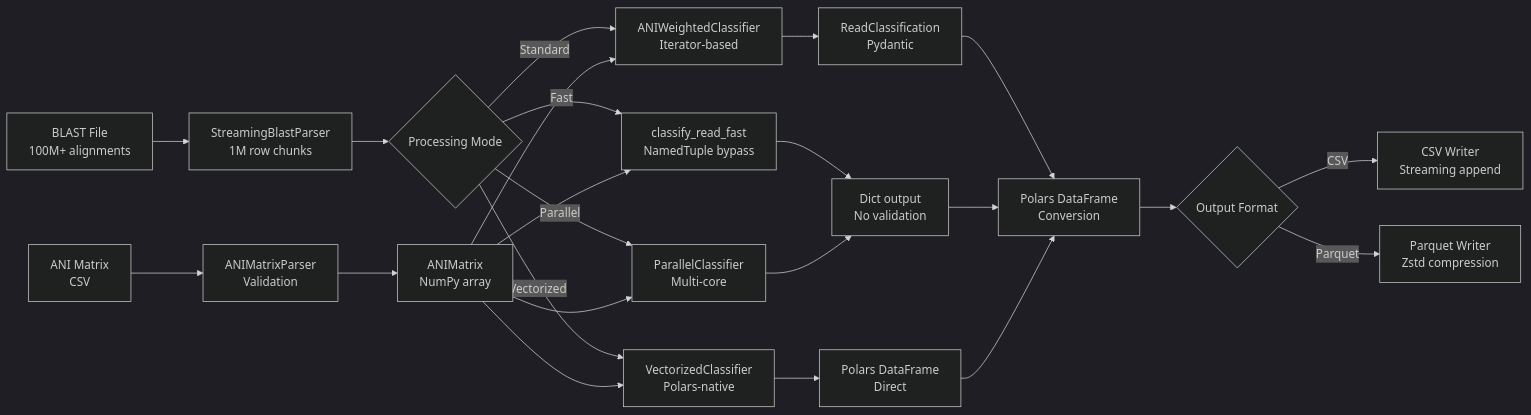
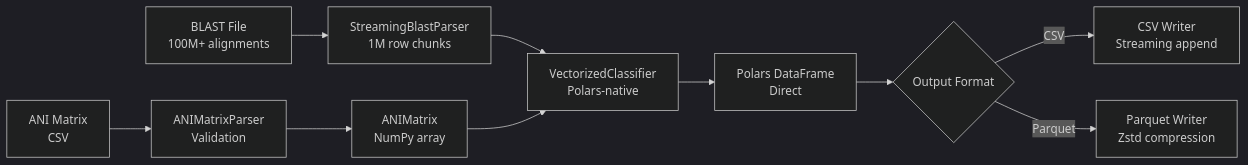
The second of 4 diagrams in docs/TECHNICAL_MANUAL.md (FOI-Bioinformatics/metadarkmatter), drawn with Mermaid (dark theme) before and after one commit. The commit also changed other lines of this file and 19 other files, not shown here.

````diff
--- a/docs/TECHNICAL_MANUAL.md
+++ b/docs/TECHNICAL_MANUAL.md
@@ -151,31 +156,16 @@
 ```mermaid
 flowchart LR
     A[BLAST File<br/>100M+ alignments] --> B[StreamingBlastParser<br/>1M row chunks]
-    B --> C{Processing Mode}
-
-    C -->|Standard| D[ANIWeightedClassifier<br/>Iterator-based]
-    C -->|Fast| E[classify_read_fast<br/>NamedTuple bypass]
-    C -->|Parallel| F[ParallelClassifier<br/>Multi-core]
-    C -->|Vectorized| G[VectorizedClassifier<br/>Polars-native]
+    B --> G[VectorizedClassifier<br/>Polars-native]
 
     H[ANI Matrix<br/>CSV] --> I[ANIMatrixParser<br/>Validation]
     I --> J[ANIMatrix<br/>NumPy array]
 
-    J --> D
-    J --> E
-    J --> F
     J --> G
 
-    D --> K[ReadClassification<br/>Pydantic]
-    E --> L[Dict output<br/>No validation]
-    F --> L
     G --> M[Polars DataFrame<br/>Direct]
 
-    K --> N[Polars DataFrame<br/>Conversion]
-    L --> N
-    M --> N
-
-    N --> O{Output Format}
+    M --> O{Output Format}
     O -->|CSV| P[CSV Writer<br/>Streaming append]
     O -->|Parquet| Q[Parquet Writer<br/>Zstd compression]
 ```
````
